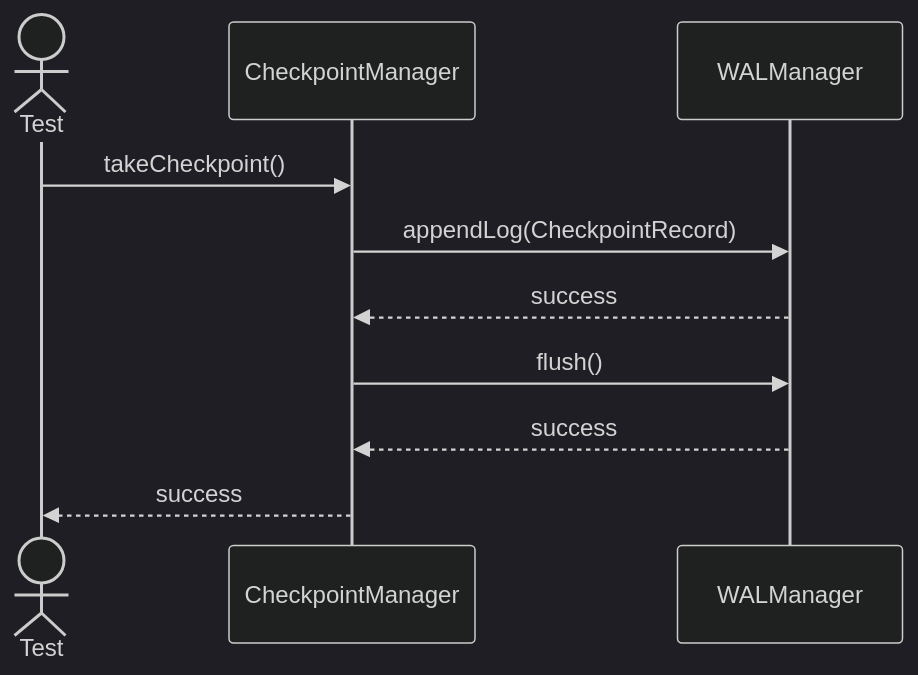
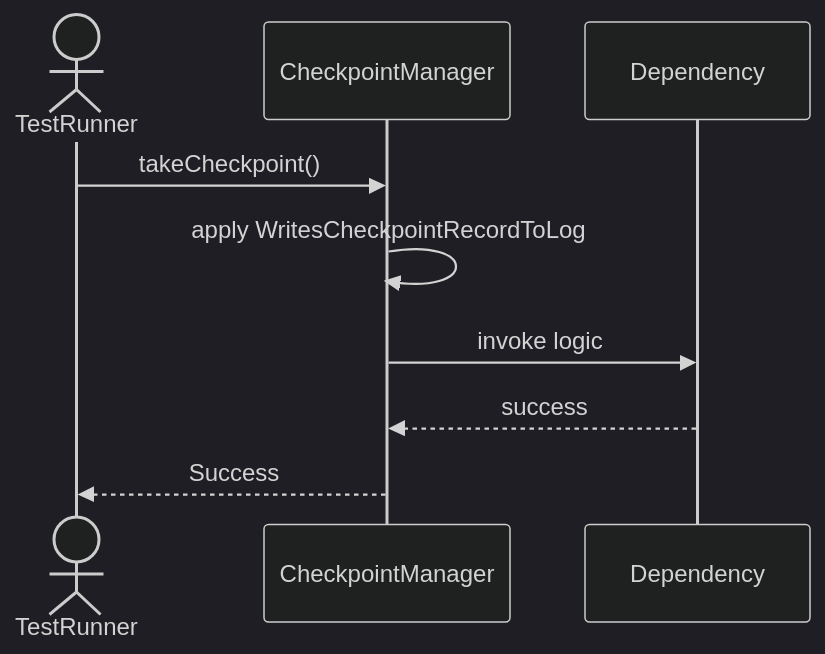
The second of 5 diagrams in Sequences/BackupDurability/CheckpointManager.md (TamBui1706/DBMS), drawn with Mermaid (dark theme) before and after one commit. The commit also changed other lines of this file and 63 other files, not shown here.

Commit message:
Draw sequence diagram for unit tests

````diff
--- a/Sequences/BackupDurability/CheckpointManager.md
+++ b/Sequences/BackupDurability/CheckpointManager.md
@@ -28,13 +30,10 @@
 ```mermaid
 sequenceDiagram
-    actor Test
+    actor TestRunner
     participant CheckpointManager
-    participant WALManager
-
-    Test->>CheckpointManager: takeCheckpoint()
-    CheckpointManager->>WALManager: appendLog(CheckpointRecord)
-    WALManager-->>CheckpointManager: success
-    CheckpointManager->>WALManager: flush()
-    WALManager-->>CheckpointManager: success
-    CheckpointManager-->>Test: success
+    TestRunner->>CheckpointManager: takeCheckpoint()
+    CheckpointManager->>CheckpointManager: apply WritesCheckpointRecordToLog
+    CheckpointManager->>Dependency: invoke logic
+    Dependency-->>CheckpointManager: success
+    CheckpointManager-->>TestRunner: Success
 ```
````
